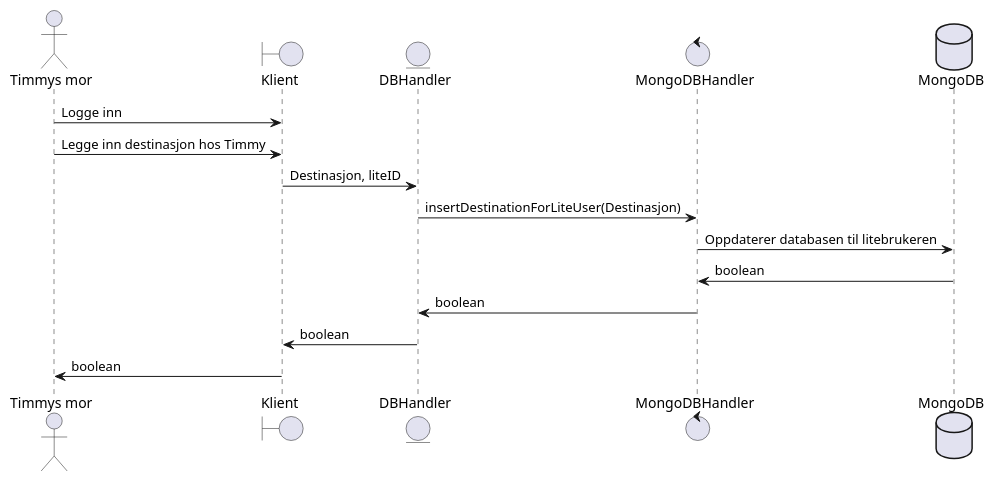
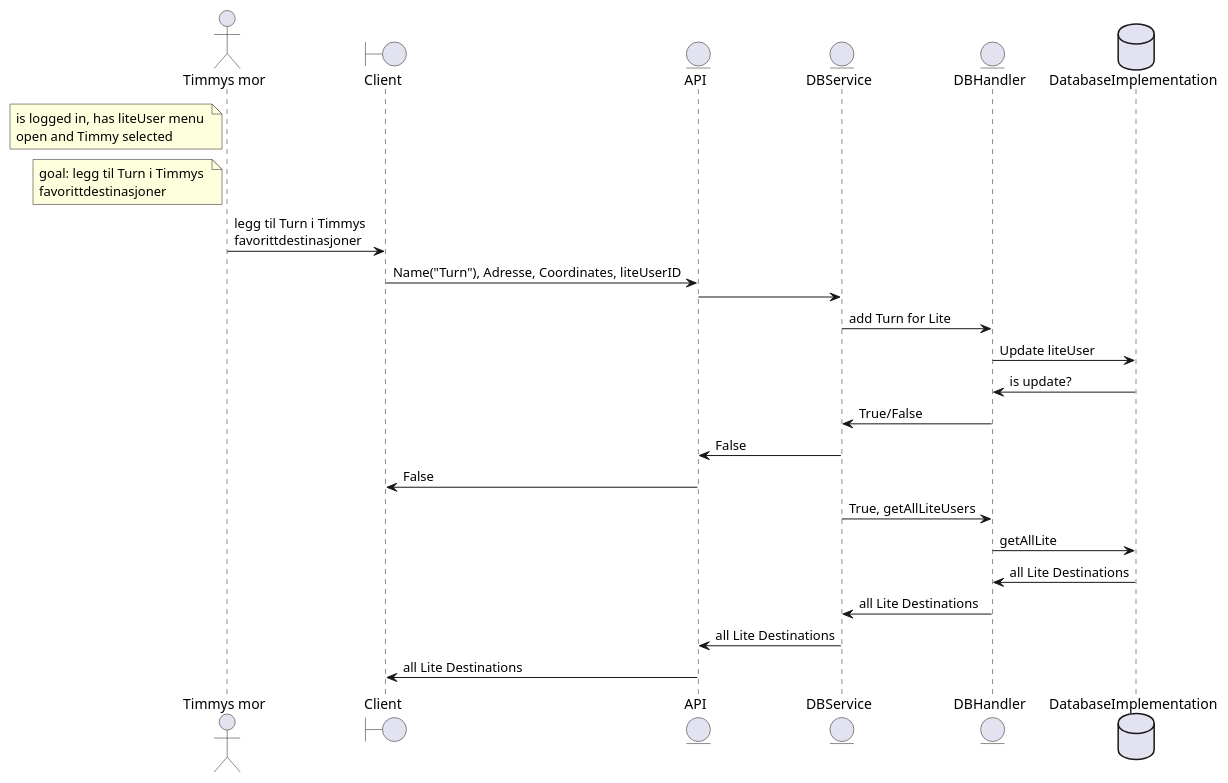
The diagram in PlantUML/timmysMorSendtDestinasjon.puml (ditmann/Software-Gruppe-2), drawn with PlantUML before and after one commit. The commit also changed 1 other file, not shown here.

Commit message:
🍆 🐛 finished mor & timmy use case

```diff
--- a/PlantUML/timmysMorSendtDestinasjon.puml
+++ b/PlantUML/timmysMorSendtDestinasjon.puml
@@ -1,26 +1,47 @@
 @startuml
 'https://plantuml.com/sequence-diagram
 
 
 actor "Timmys mor" as mor
-boundary Klient
+boundary Client
+entity API
+entity DBService
 entity DBHandler
-control MongoDBHandler
-database MongoDB
-
+database DatabaseImplementation
 '------------'
 
-mor -> Klient: Logge inn
+note left of mor: is logged in, has liteUser menu \nopen and Timmy selected
+note left of mor: goal: legg til Turn i Timmys \nfavorittdestinasjoner
+mor -> Client: legg til Turn i Timmys \nfavorittdestinasjoner
+Client -> API: Name("Turn"), Adresse, Coordinates, liteUserID
+API -> DBService:
+DBService -> DBHandler: add Turn for Lite
+DBHandler -> DatabaseImplementation: Update liteUser
+DatabaseImplementation -> DBHandler: is update?
+DBHandler -> DBService: True/False
+DBService -> API: False
+API -> Client: False
+DBService -> DBHandler: True, getAllLiteUsers
+DBHandler -> DatabaseImplementation: getAllLite
+DatabaseImplementation -> DBHandler: all Lite Destinations
+DBHandler -> DBService: all Lite Destinations
+DBService -> API: all Lite Destinations
+API -> Client: all Lite Destinations
+
+
+
+/'
+
 mor -> Klient: Legge inn destinasjon hos Timmy
 
 Klient -> DBHandler: Destinasjon, liteID
 DBHandler -> MongoDBHandler: insertDestinationForLiteUser(Destinasjon)
 MongoDBHandler -> MongoDB: Oppdaterer databasen til litebrukeren
 MongoDB -> MongoDBHandler: boolean
 MongoDBHandler -> DBHandler: boolean
 DBHandler -> Klient: boolean
 Klient -> mor: boolean
-
+'/
 
 
 @enduml
```
